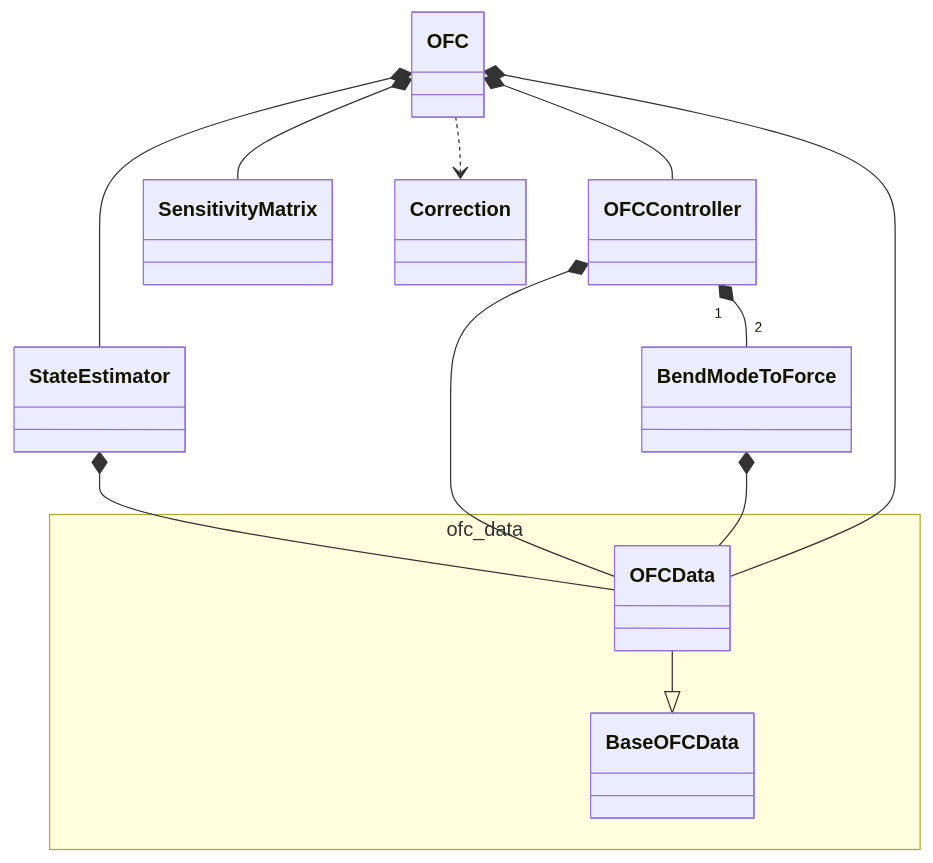
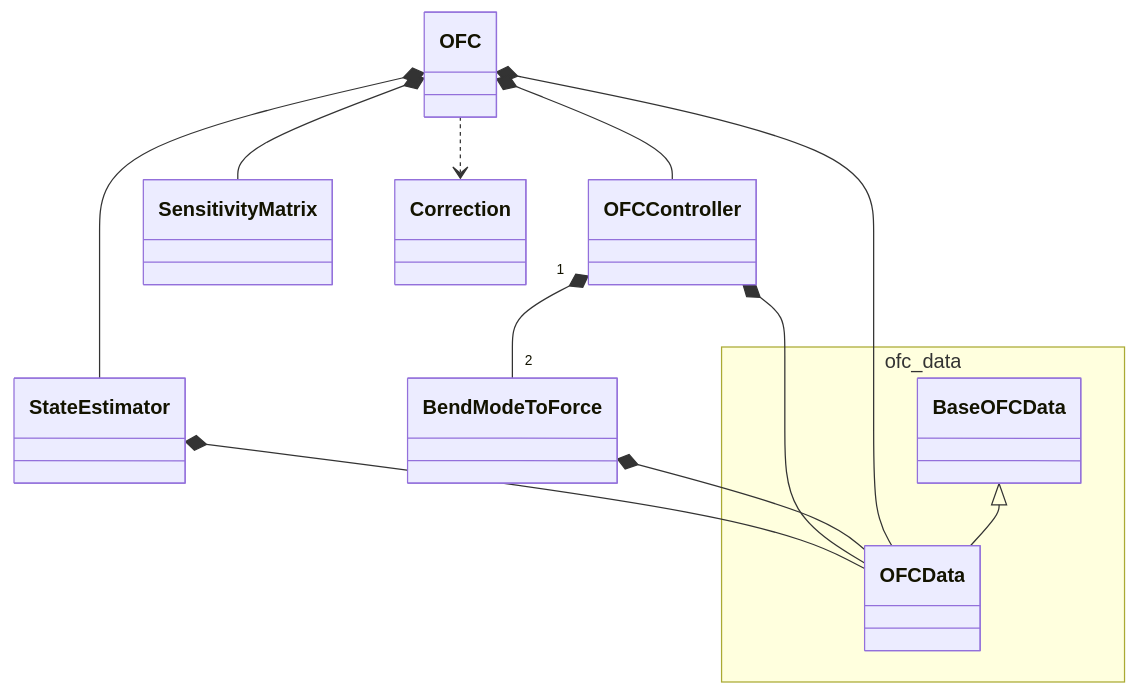
One commit to lsst-ts/ts_ofc changed the diagram in doc/uml/ofc_class.mmd. Above: the diagram before and after it, drawn with Mermaid. The commit also changed 1 other file, not shown here.

Commit message:
Fix uml convention, Remove unneeded lines from Jenkinsfile.

```diff
--- a/doc/uml/ofc_class.mmd
+++ b/doc/uml/ofc_class.mmd
@@ -1,17 +1,17 @@
 classDiagram
 namespace ofc_data {
   class OFCData
   class BaseOFCData
 }
 
 class OFC
 StateEstimator *-- OFCData
 OFCController *-- OFCData
 OFCController "1" *-- "2" BendModeToForce
 BendModeToForce *-- OFCData
 OFC *-- OFCData
 OFC *-- SensitivityMatrix
 OFC *-- StateEstimator
 OFC *-- OFCController
 OFC ..> Correction
-OFCData --|> BaseOFCData
+BaseOFCData <|-- OFCData
```
